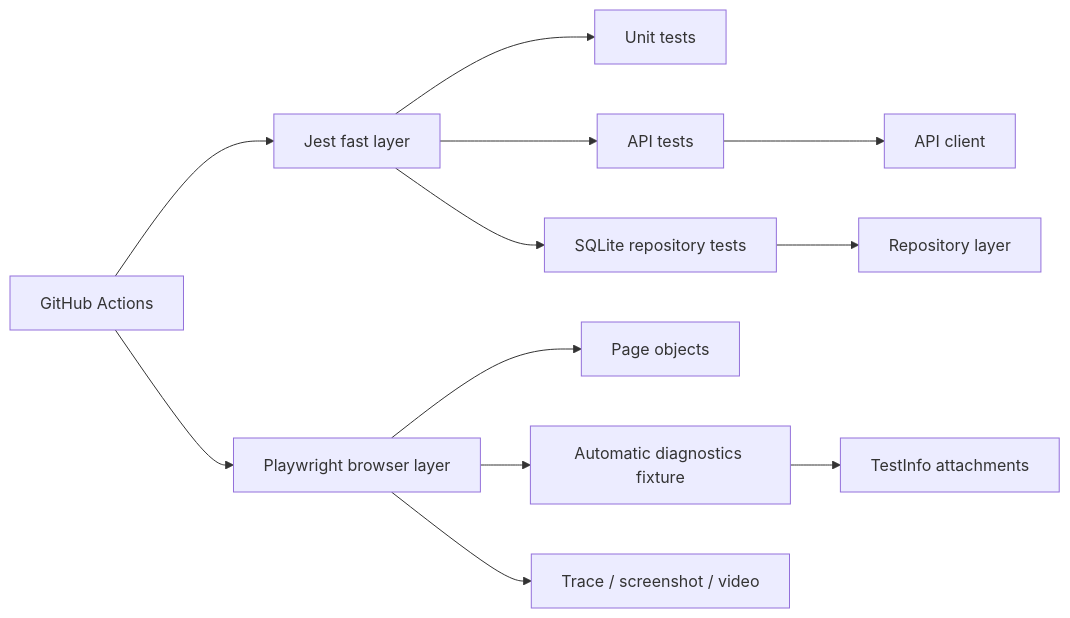
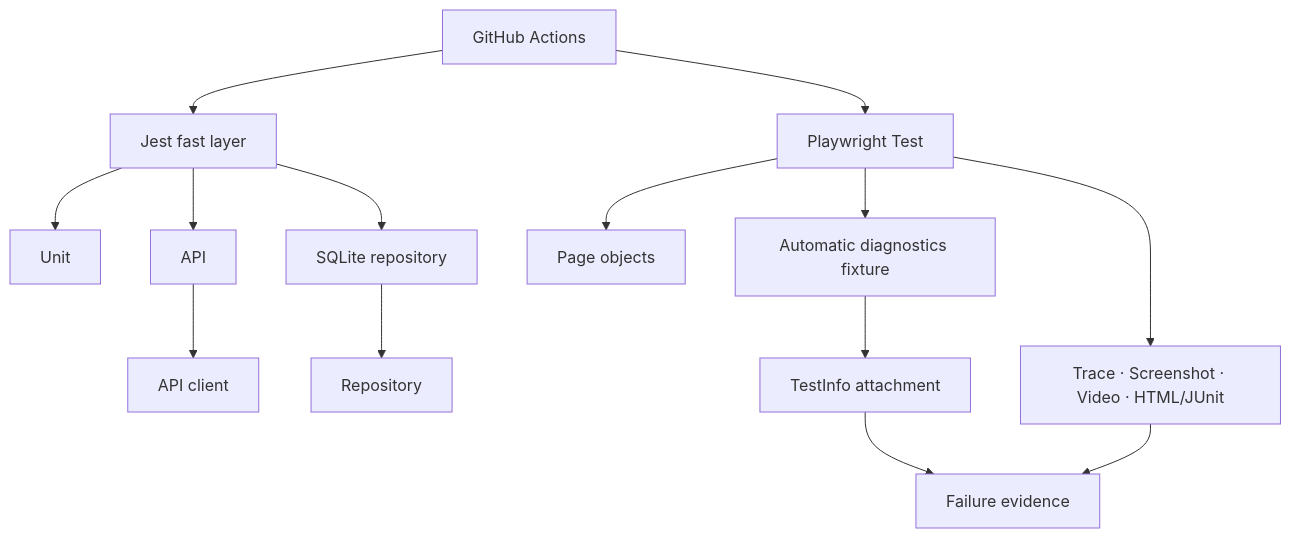
Before and after one commit to portyu9/qa-automation-node-playwright: the second of 3 diagrams in README.md, drawn with Mermaid. The commit also changed other lines of this file and 3 other files, not shown here.

````diff
--- a/README.md
+++ b/README.md
@@ -20,14 +54,16 @@
 ```mermaid
-flowchart LR
+flowchart TD
     CI[GitHub Actions] --> J[Jest fast layer]
-    CI --> PW[Playwright browser layer]
-    J --> UNIT[Unit tests]
-    J --> API[API tests]
-    J --> DB[SQLite repository tests]
+    CI --> PW[Playwright Test]
+    J --> UNIT[Unit]
+    J --> API[API]
+    J --> DB[SQLite repository]
     PW --> PAGE[Page objects]
-    PW --> FX[Automatic diagnostics fixture]
-    FX --> ATT[TestInfo attachments]
-    PW --> TRACE[Trace / screenshot / video]
+    PW --> FIX[Automatic diagnostics fixture]
+    FIX --> ATT[TestInfo attachment]
+    PW --> NATIVE[Trace · Screenshot · Video · HTML/JUnit]
     API --> CLIENT[API client]
-    DB --> REPO[Repository layer]
+    DB --> REPO[Repository]
+    ATT --> OBS[Failure evidence]
+    NATIVE --> OBS
 ```
````
